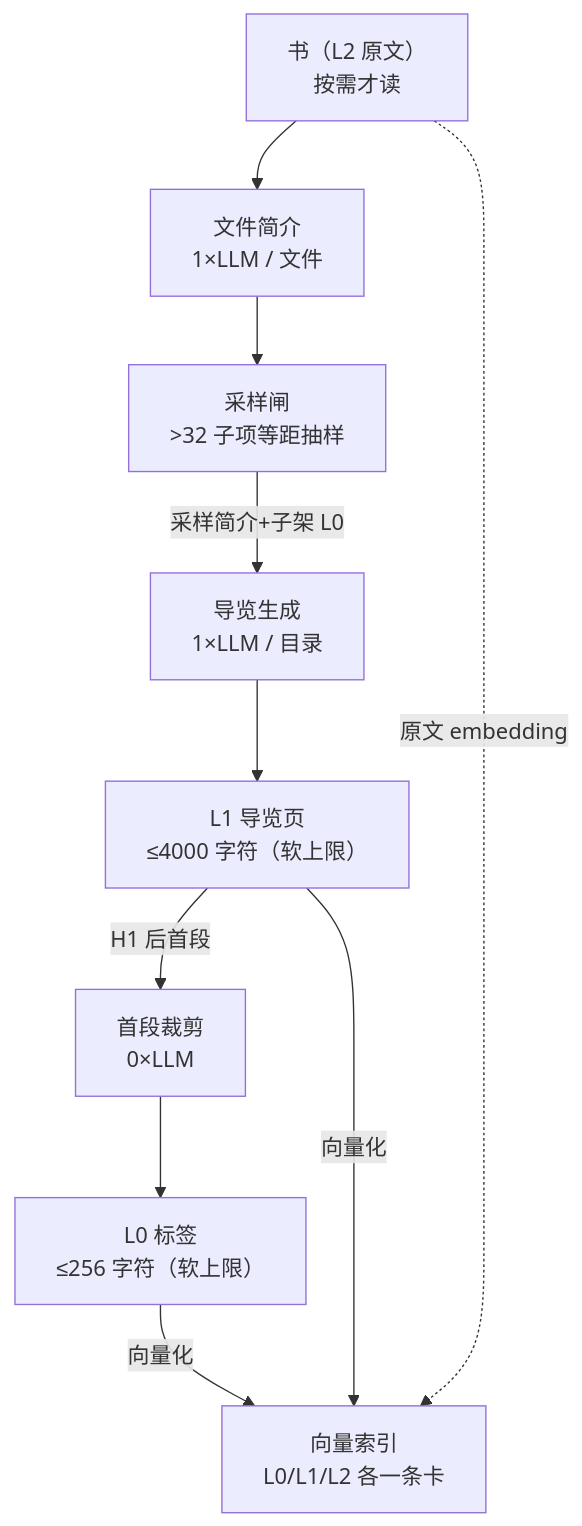
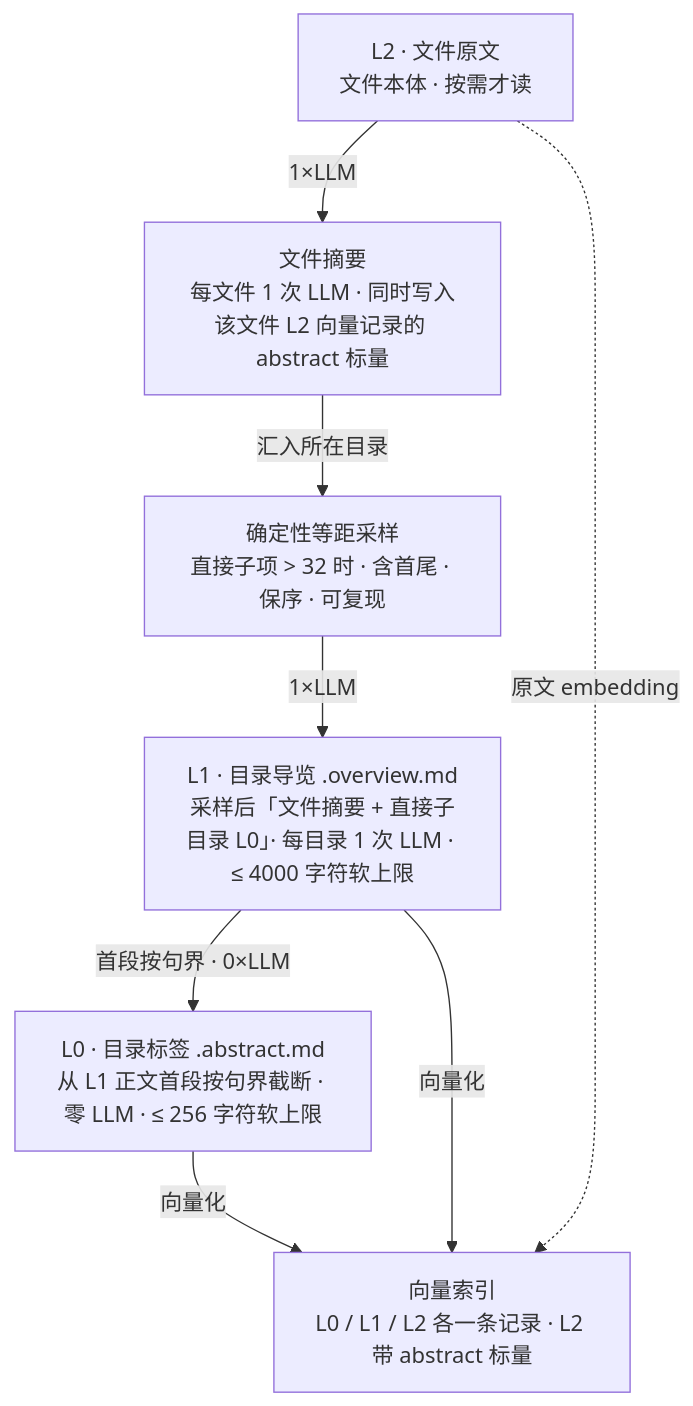
The diagram in docs/assets/mermaid/cognitive-context/openviking--tiering-l0-l1-l2.mmd (ThreeFish-AI/negentropy), drawn with Mermaid before and after one commit. The commit also changed 84 other files, not shown here.

First line of the commit message:
docs(cognitive-context): 014 §2「一树三相三面」图例与机制解说补全 + 12 图挂载与盲审修复;

```diff
--- a/docs/assets/mermaid/cognitive-context/openviking--tiering-l0-l1-l2.mmd
+++ b/docs/assets/mermaid/cognitive-context/openviking--tiering-l0-l1-l2.mmd
@@ -1,14 +1,13 @@
-%% source: docs/research/cognitive-context/014-openviking.md §4（视频 P2）
+%% source: docs/research/cognitive-context/014-openviking.md §4（视频 P2 → 修订重绘）
 %% slug: openviking--tiering-l0-l1-l2
 %% type: architecture
 %% derived: docs/assets/architecture/cognitive-context/openviking--tiering-l0-l1-l2.html
+%% fix: 2026-10-22 术语对齐：「文件简介」→「文件摘要」、删不可证的「H1 后首段」改「L1 正文首段按句界」、采样输入对齐「文件摘要 + 直接子目录 L0」
 flowchart TB
-  FILES["书（L2 原文）<br/>按需才读"] --> FSUM["文件简介<br/>1×LLM / 文件"]
-  FSUM --> SAMPLE["采样闸<br/>>32 子项等距抽样"]
-  SAMPLE -->|"采样简介+子架 L0"| GEN["导览生成<br/>1×LLM / 目录"]
-  GEN --> L1["L1 导览页<br/>≤4000 字符（软上限）"]
-  L1 -->|"H1 后首段"| CUT["首段裁剪<br/>0×LLM"]
-  CUT --> L0["L0 标签<br/>≤256 字符（软上限）"]
-  L0 -->|"向量化"| VEC["向量索引<br/>L0/L1/L2 各一条卡"]
+  FILES["L2 · 文件原文<br/>文件本体 · 按需才读"] -->|"1×LLM"| FSUM["文件摘要<br/>每文件 1 次 LLM · 同时写入该文件 L2 向量记录的 abstract 标量"]
+  FSUM -->|"汇入所在目录"| SAMPLE["确定性等距采样<br/>直接子项 > 32 时 · 含首尾 · 保序 · 可复现"]
+  SAMPLE -->|"1×LLM"| L1["L1 · 目录导览 .overview.md<br/>采样后「文件摘要 + 直接子目录 L0」· 每目录 1 次 LLM · ≤ 4000 字符软上限"]
+  L1 -->|"首段按句界 · 0×LLM"| L0["L0 · 目录标签 .abstract.md<br/>从 L1 正文首段按句界截断 · 零 LLM · ≤ 256 字符软上限"]
+  L0 -->|"向量化"| VEC["向量索引<br/>L0 / L1 / L2 各一条记录 · L2 带 abstract 标量"]
   L1 -->|"向量化"| VEC
   FILES -.->|"原文 embedding"| VEC
```
